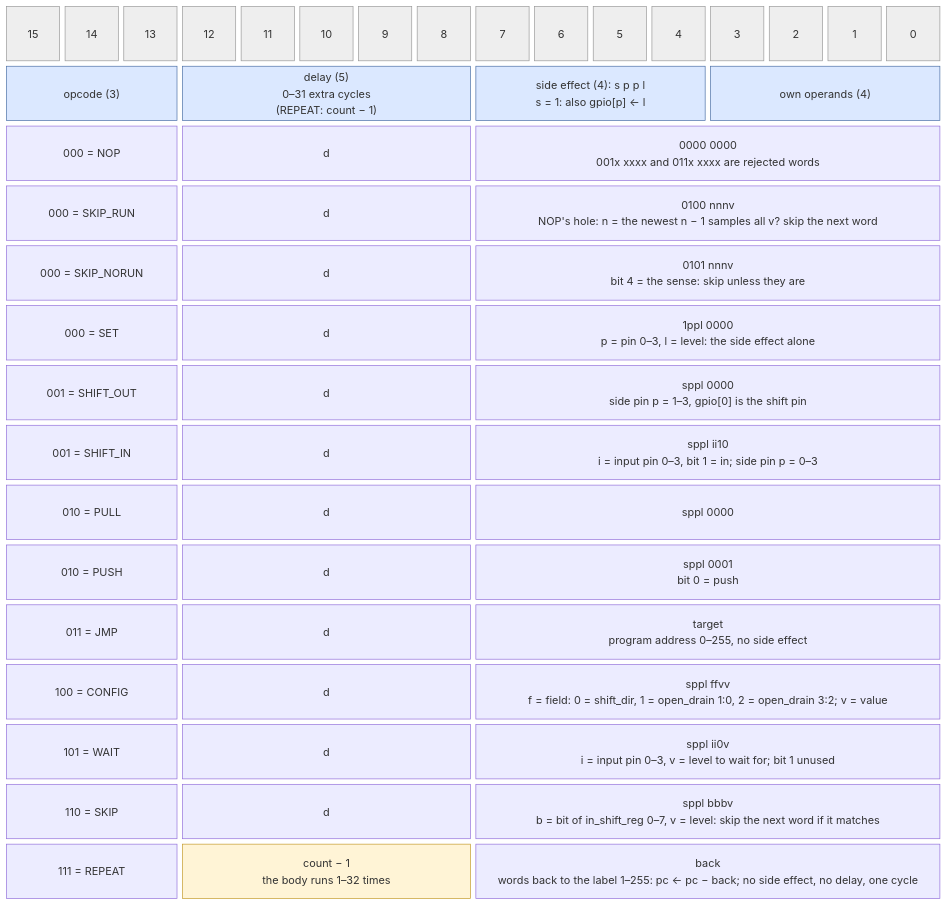
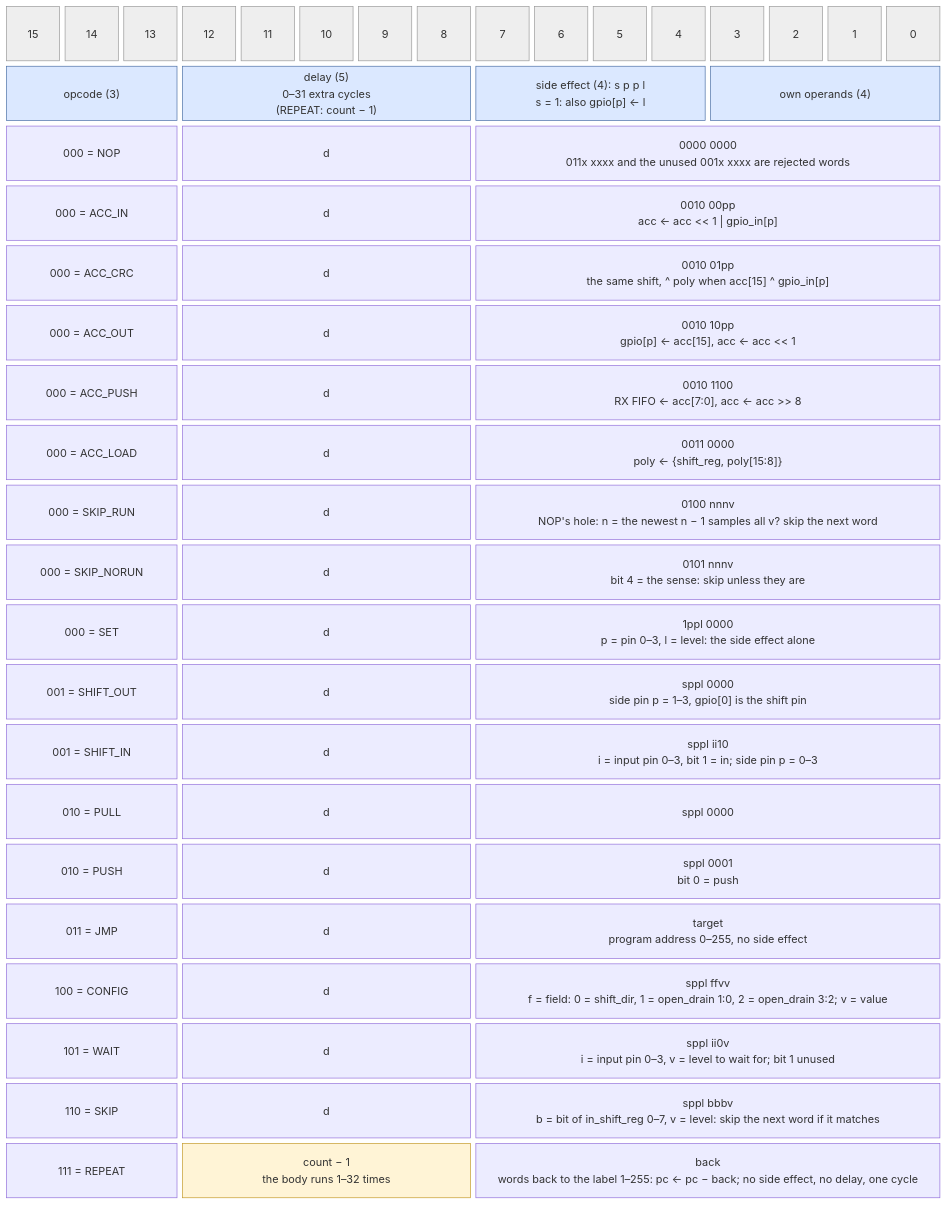
The diagram in docs/isa_encoding.mmd (cshieldsce/smallcore), drawn with Mermaid before and after one commit. The commit also changed 20 other files, not shown here.

Commit message:
update diagrams: accumulator, program ram, core split in three

```diff
--- a/docs/isa_encoding.mmd
+++ b/docs/isa_encoding.mmd
@@ -1,25 +1,30 @@
 block-beta
   columns 16
   b15["15"] b14["14"] b13["13"] b12["12"] b11["11"] b10["10"] b9["9"] b8["8"]
   b7["7"] b6["6"] b5["5"] b4["4"] b3["3"] b2["2"] b1["1"] b0["0"]
   opcode["opcode (3)"]:3 delay["delay (5)<br/>0–31 extra cycles<br/>(REPEAT: count − 1)"]:5 side["side effect (4): s p p l<br/>s = 1: also gpio[p] ← l"]:4 own["own operands (4)"]:4
-  nop["000 = NOP"]:3 nopd["d"]:5 nopop["0000 0000<br/>001x xxxx and 011x xxxx are rejected words"]:8
+  nop["000 = NOP"]:3 nopd["d"]:5 nopop["0000 0000<br/>011x xxxx and the unused 001x xxxx are rejected words"]:8
+  accin["000 = ACC_IN"]:3 accind["d"]:5 accinop["0010 00pp<br/>acc ← acc << 1 | gpio_in[p]"]:8
+  acccrc["000 = ACC_CRC"]:3 acccrcd["d"]:5 acccrcop["0010 01pp<br/>the same shift, ^ poly when acc[15] ^ gpio_in[p]"]:8
+  accout["000 = ACC_OUT"]:3 accoutd["d"]:5 accoutop["0010 10pp<br/>gpio[p] ← acc[15], acc ← acc << 1"]:8
+  accpush["000 = ACC_PUSH"]:3 accpushd["d"]:5 accpushop["0010 1100<br/>RX FIFO ← acc[7:0], acc ← acc >> 8"]:8
+  accload["000 = ACC_LOAD"]:3 accloadd["d"]:5 accloadop["0011 0000<br/>poly ← {shift_reg, poly[15:8]}"]:8
   run["000 = SKIP_RUN"]:3 rund["d"]:5 runop["0100 nnnv<br/>NOP's hole: n = the newest n − 1 samples all v? skip the next word"]:8
   norun["000 = SKIP_NORUN"]:3 norund["d"]:5 norunop["0101 nnnv<br/>bit 4 = the sense: skip unless they are"]:8
   set["000 = SET"]:3 setd["d"]:5 setop["1ppl 0000<br/>p = pin 0–3, l = level: the side effect alone"]:8
   shift["001 = SHIFT_OUT"]:3 shiftd["d"]:5 shiftop["sppl 0000<br/>side pin p = 1–3, gpio[0] is the shift pin"]:8
   shin["001 = SHIFT_IN"]:3 shind["d"]:5 shinop["sppl ii10<br/>i = input pin 0–3, bit 1 = in; side pin p = 0–3"]:8
   pull["010 = PULL"]:3 pulld["d"]:5 pullop["sppl 0000"]:8
   push["010 = PUSH"]:3 pushd["d"]:5 pushop["sppl 0001<br/>bit 0 = push"]:8
   jmp["011 = JMP"]:3 jmpd["d"]:5 jmpop["target<br/>program address 0–255, no side effect"]:8
   cfg["100 = CONFIG"]:3 cfgd["d"]:5 cfgop["sppl ffvv<br/>f = field: 0 = shift_dir, 1 = open_drain 1:0, 2 = open_drain 3:2; v = value"]:8
   wait["101 = WAIT"]:3 waitd["d"]:5 waitop["sppl ii0v<br/>i = input pin 0–3, v = level to wait for; bit 1 unused"]:8
   skip["110 = SKIP"]:3 skipd["d"]:5 skipop["sppl bbbv<br/>b = bit of in_shift_reg 0–7, v = level: skip the next word if it matches"]:8
   rep["111 = REPEAT"]:3 repc["count − 1<br/>the body runs 1–32 times"]:5 repop["back<br/>words back to the label 1–255: pc ← pc − back; no side effect, no delay, one cycle"]:8
 
   classDef hdr fill:#eee,stroke:#999,color:#555
   classDef field fill:#dbe8ff,stroke:#4a6fa5
   classDef count fill:#fff4d6,stroke:#c49a2a
   class b15,b14,b13,b12,b11,b10,b9,b8,b7,b6,b5,b4,b3,b2,b1,b0 hdr
   class opcode,delay,side,own field
   class repc count
```
